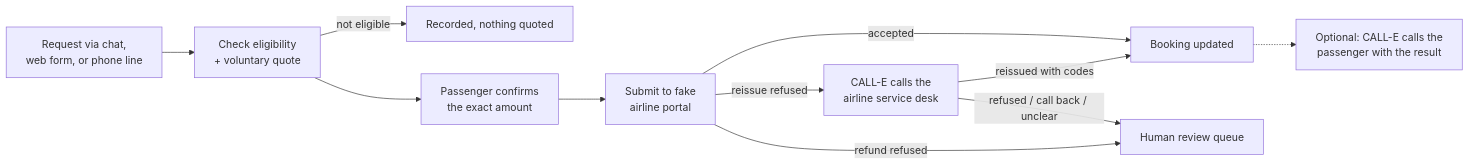
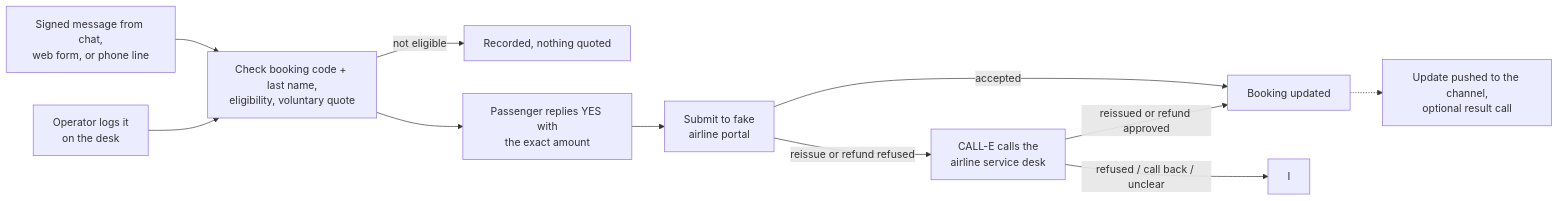
The second of 2 diagrams in apps/typescript/flight-disruption-agent/README.md (CALLE-AI/awesome-phone-call-agents), drawn with Mermaid before and after one commit. The commit also changed other lines of this file and 1 other file, not shown here.

First line of the commit message:
docs(flight-disruption-agent): document escalation, the event feed, refund escalation, and channels

````diff
--- a/apps/typescript/flight-disruption-agent/README.md
+++ b/apps/typescript/flight-disruption-agent/README.md
@@ -112,13 +140,13 @@
 ```mermaid
 flowchart LR
-    A["Request via chat,<br/>web form, or phone line"] --> B["Check eligibility<br/>+ voluntary quote"]
+    A["Signed message from chat,<br/>web form, or phone line"] --> B["Check booking code + last name,<br/>eligibility, voluntary quote"]
+    O["Operator logs it<br/>on the desk"] --> B
     B -- "not eligible" --> X["Recorded, nothing quoted"]
-    B --> C["Passenger confirms<br/>the exact amount"]
+    B --> C["Passenger replies YES with<br/>the exact amount"]
     C --> D["Submit to fake<br/>airline portal"]
     D -- "accepted" --> E["Booking updated"]
-    D -- "reissue refused" --> F["CALL-E calls the<br/>airline service desk"]
-    D -- "refund refused" --> I["Human review queue"]
-    F -- "reissued with codes" --> E
+    D -- "reissue or refund refused" --> F["CALL-E calls the<br/>airline service desk"]
+    F -- "reissued or refund approved" --> E
     F -- "refused / call back / unclear" --> I
-    E -.-> G["Optional: CALL-E calls the<br/>passenger with the result"]
+    E -.-> G["Update pushed to the channel,<br/>optional result call"]
 ```
````
